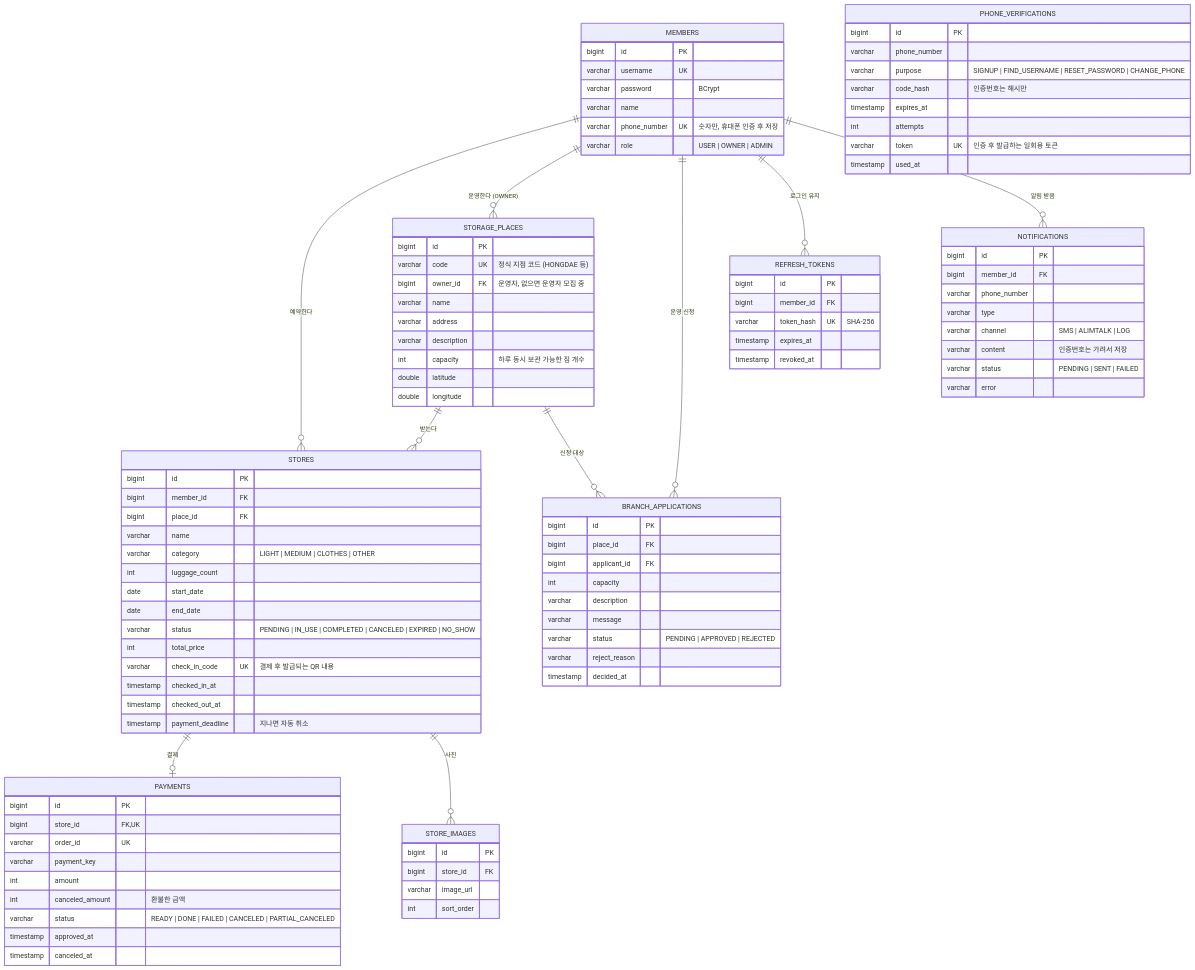
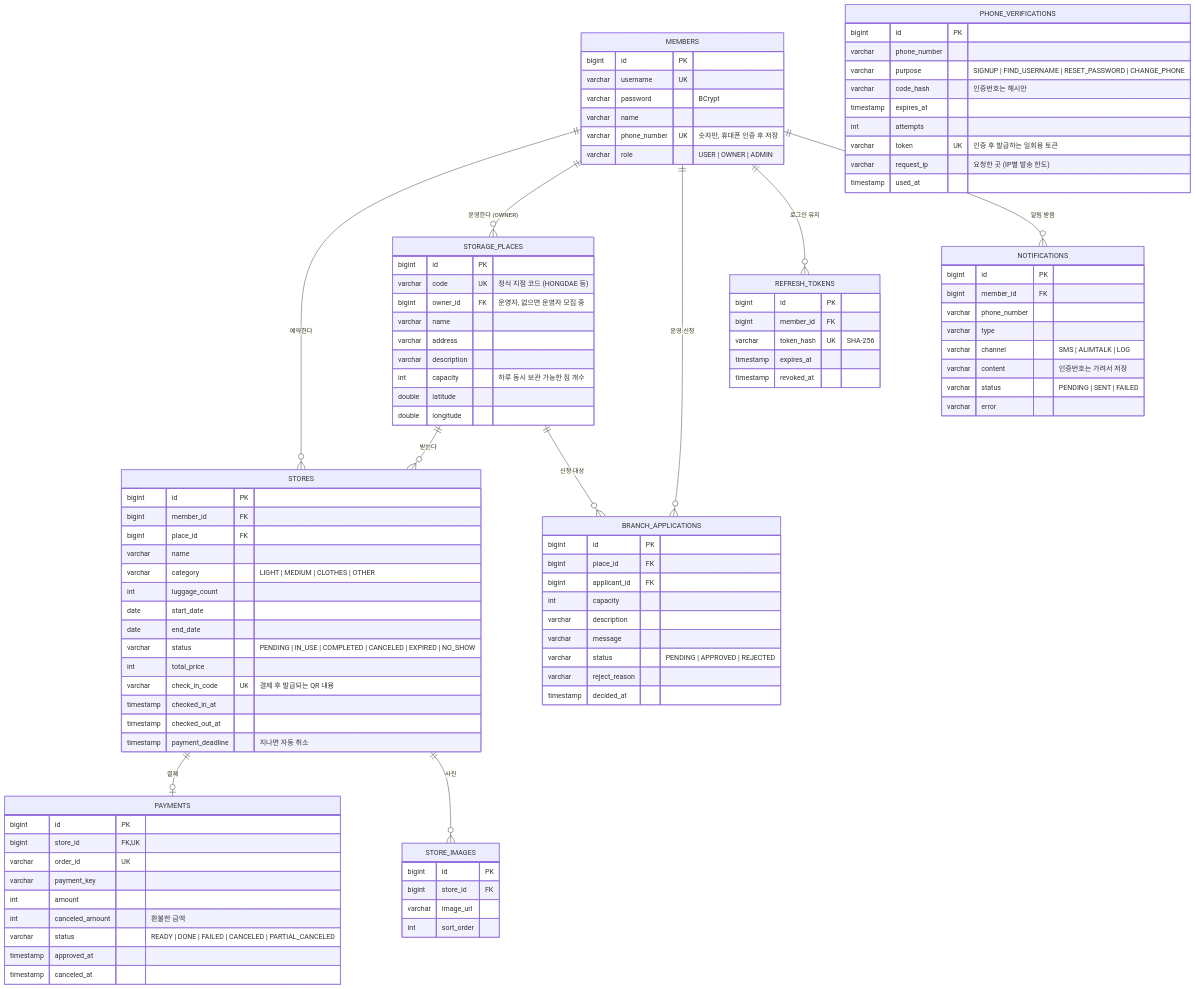
The diagram in docs/ERD.md (khj0317/StoreFit), drawn with Mermaid before and after one commit. The commit also changed other lines of this file and 39 other files, not shown here.

```diff
--- a/docs/ERD.md
+++ b/docs/ERD.md
@@ -91,6 +91,7 @@
         timestamp expires_at
         int attempts
         varchar token UK "인증 후 발급하는 일회용 토큰"
+        varchar request_ip "요청한 곳 (IP별 발송 한도)"
         timestamp used_at
     }
 
```
